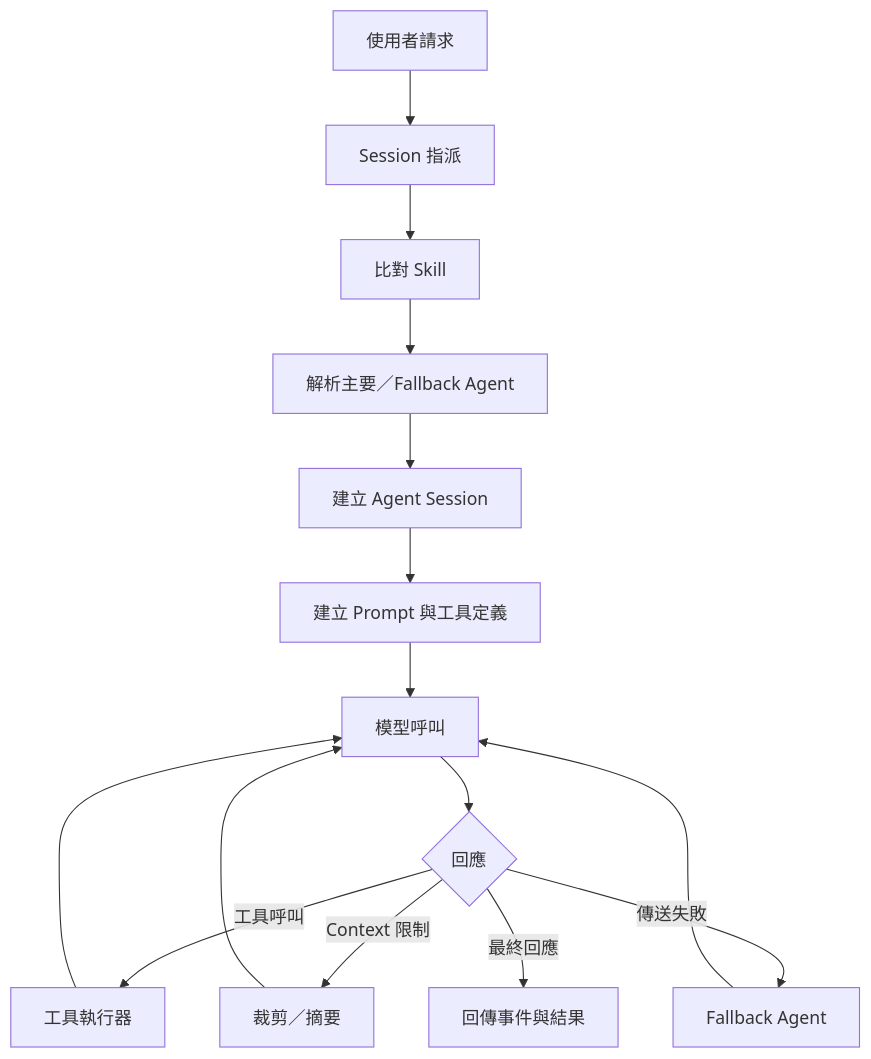
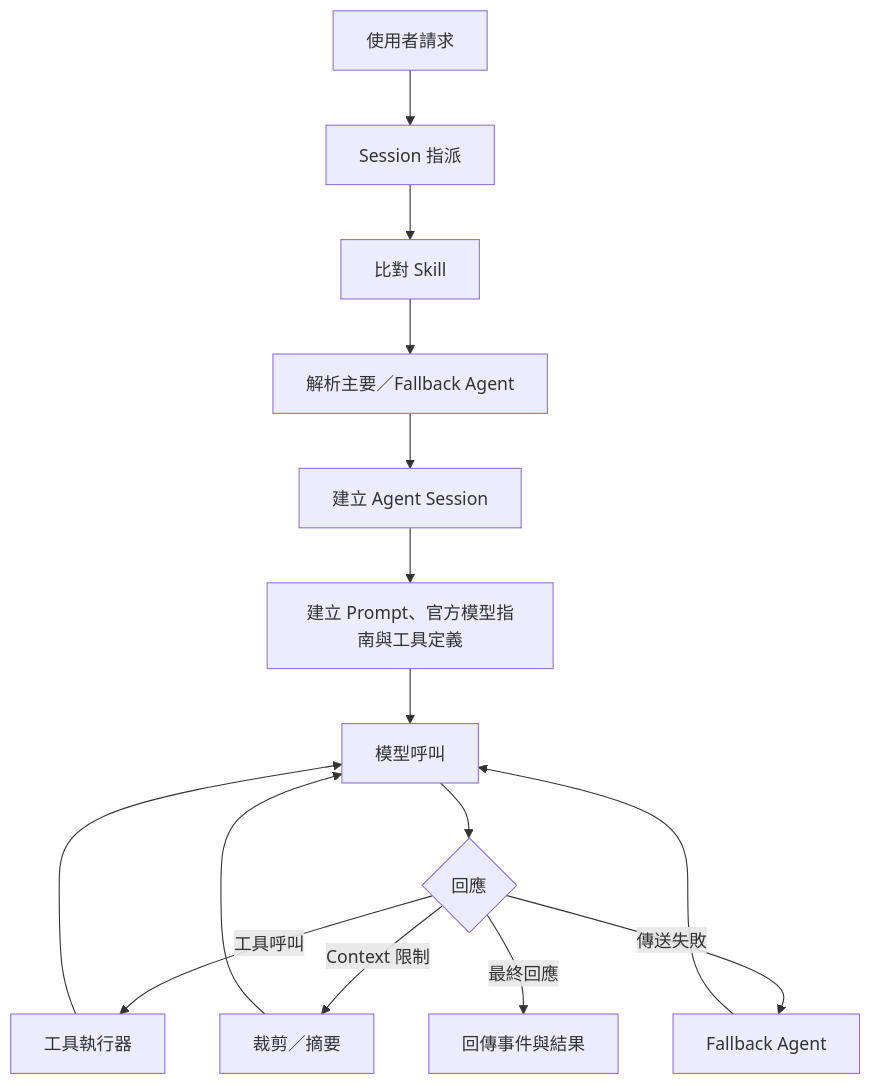
One commit to agenvoy/Agenvoy changed the fourth of 9 diagrams in doc/architecture.zh.md. Above: the diagram before and after it, drawn with Mermaid. The commit also changed other lines of this file and 5 other files, not shown here.

````diff
--- a/doc/architecture.zh.md
+++ b/doc/architecture.zh.md
@@ -70,17 +70,17 @@
 ```mermaid
 graph TB
     Request[使用者請求] --> Assign[Session 指派]
     Assign --> Match[比對 Skill]
     Match --> Resolve[解析主要／Fallback Agent]
     Resolve --> Session[建立 Agent Session]
-    Session --> Prompt[建立 Prompt 與工具定義]
+    Session --> Prompt[建立 Prompt、官方模型指南與工具定義]
     Prompt --> Model[模型呼叫]
     Model --> Result{回應}
     Result -->|工具呼叫| ToolExec[工具執行器]
     ToolExec --> Model
     Result -->|Context 限制| Compact[裁剪／摘要]
     Compact --> Model
     Result -->|傳送失敗| Fallback[Fallback Agent]
     Fallback --> Model
     Result -->|最終回應| Events[回傳事件與結果]
 ```
````
